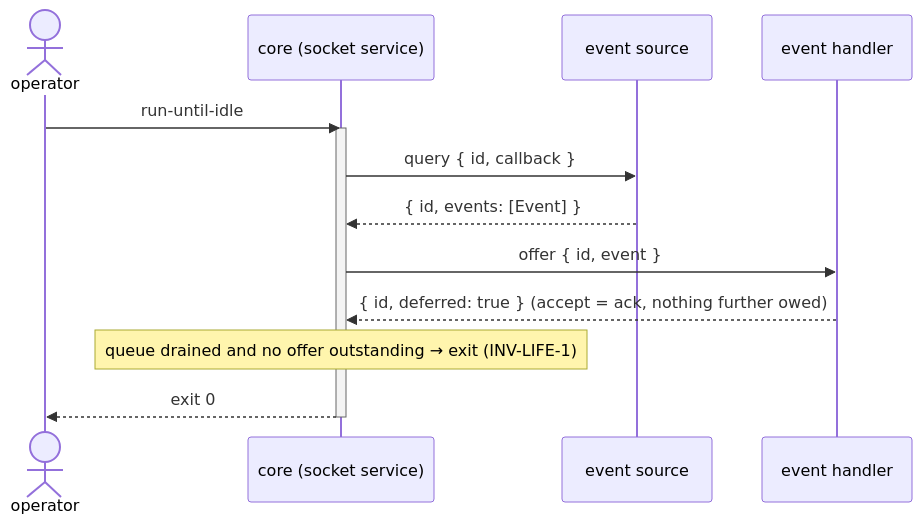
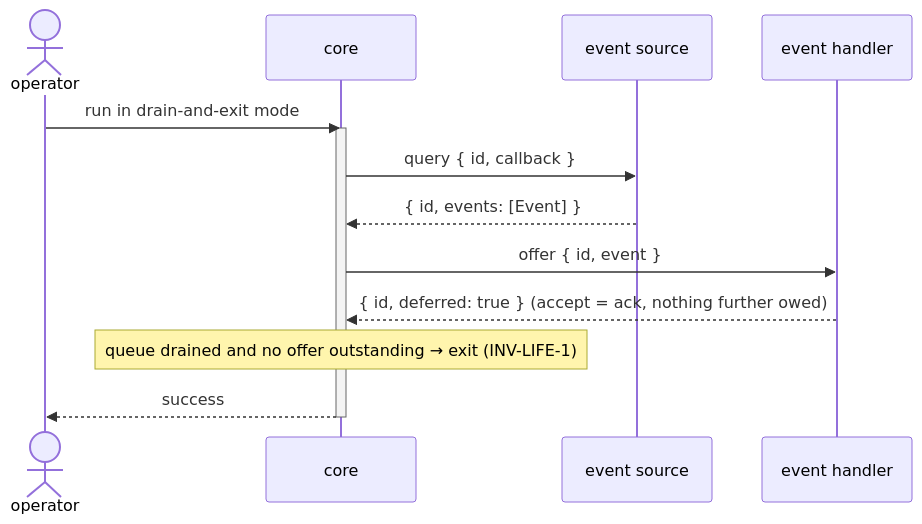
Before and after one commit to phillipgreenii/nix-agent-support: the seventh of 7 diagrams in packages/pr-pool/docs/behavior/interfaces.md, drawn with Mermaid. The commit also changed other lines of this file and 9 other files, not shown here.

````diff
--- a/packages/pr-pool/docs/behavior/interfaces.md
+++ b/packages/pr-pool/docs/behavior/interfaces.md
@@ -543,16 +486,16 @@
 ```mermaid
 sequenceDiagram
     actor Op as operator
-    participant Core as core (socket service)
+    participant Core as core
     participant Src as event source
     participant H as event handler
-    Op->>Core: run-until-idle
+    Op->>Core: run in drain-and-exit mode
     activate Core
     Core->>Src: query { id, callback }
     Src-->>Core: { id, events: [Event] }
     Core->>H: offer { id, event }
     H-->>Core: { id, deferred: true }  (accept = ack, nothing further owed)
     Note over Core: queue drained and no offer outstanding → exit (INV-LIFE-1)
-    Core-->>Op: exit 0
+    Core-->>Op: success
     deactivate Core
 ```
````
